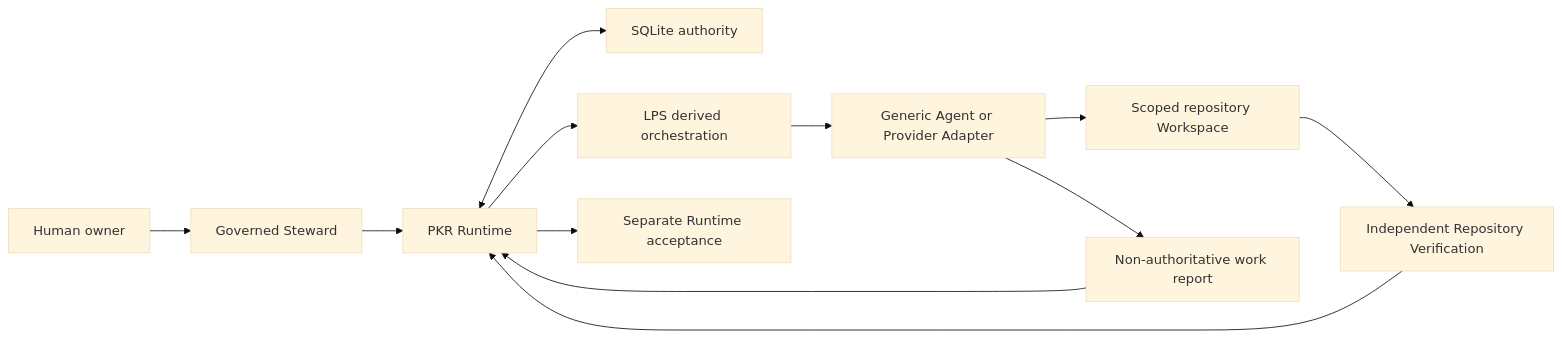
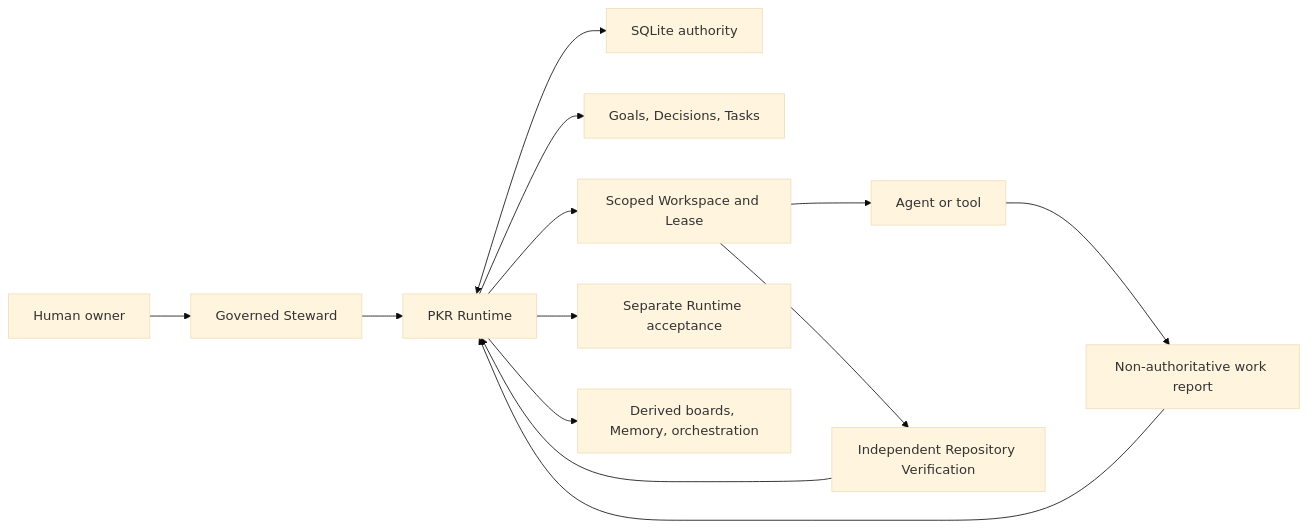
The diagram in docs/architecture.md (locooooooooo/PKR), drawn with Mermaid (base theme) before and after one commit. The commit also changed other lines of this file and 10 other files, not shown here.

````diff
--- a/docs/architecture.md
+++ b/docs/architecture.md
@@ -8,14 +8,15 @@
 ```mermaid
 flowchart LR
     H["Human owner"] --> S["Governed Steward"]
     S --> R["PKR Runtime"]
     R <--> DB["SQLite authority"]
-    R --> L["LPS derived orchestration"]
-    L --> A["Generic Agent or Provider Adapter"]
-    A --> W["Scoped repository Workspace"]
-    A --> WR["Non-authoritative work report"]
+    R --> T["Goals, Decisions, Tasks"]
+    R --> W["Scoped Workspace and Lease"]
+    W --> P["Agent or tool"]
+    P --> WR["Non-authoritative work report"]
     WR --> R
     W --> V["Independent Repository Verification"]
     V --> R
     R --> AC["Separate Runtime acceptance"]
+    R --> D["Derived boards, Memory, orchestration"]
 ```
````
